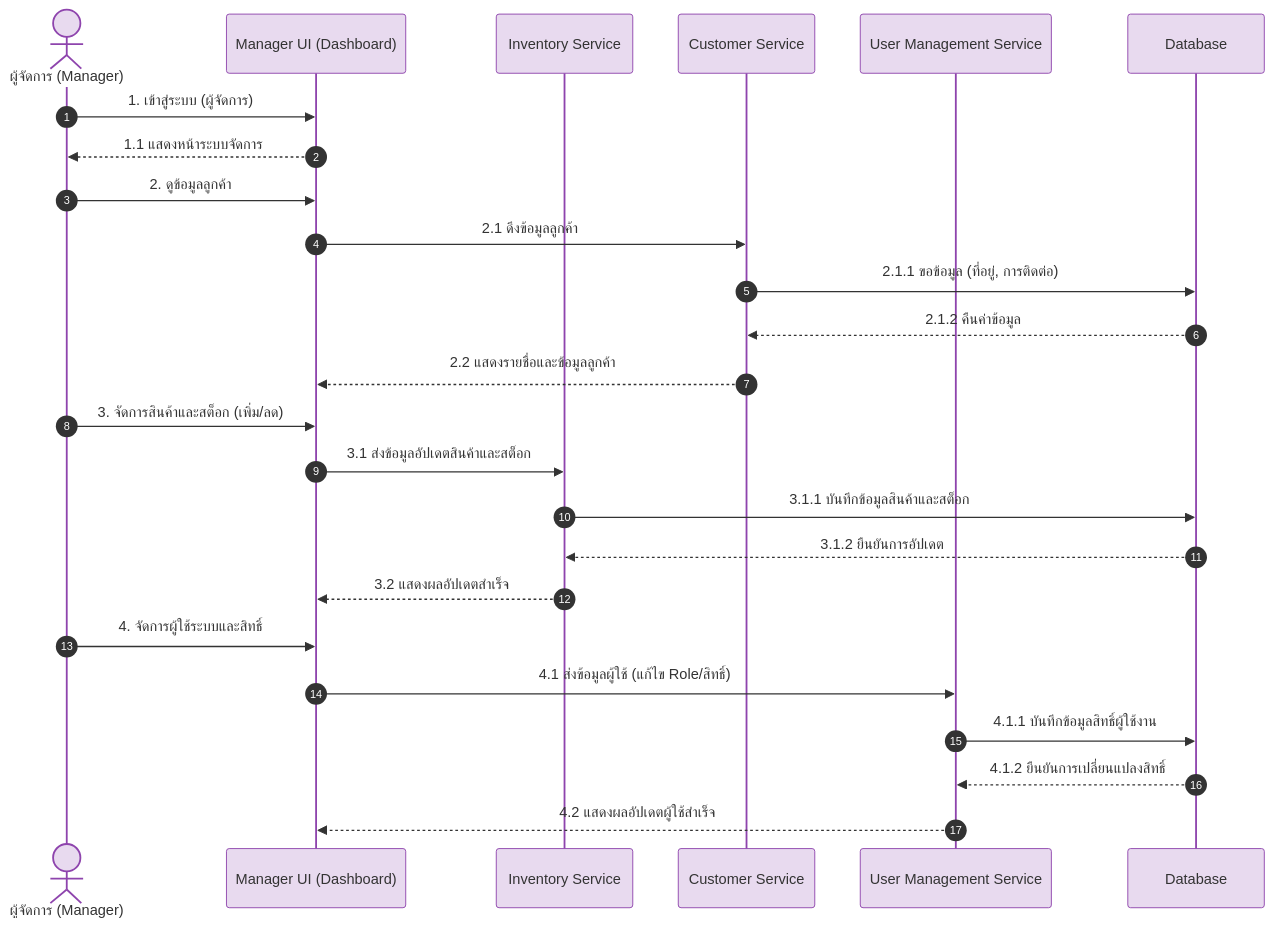
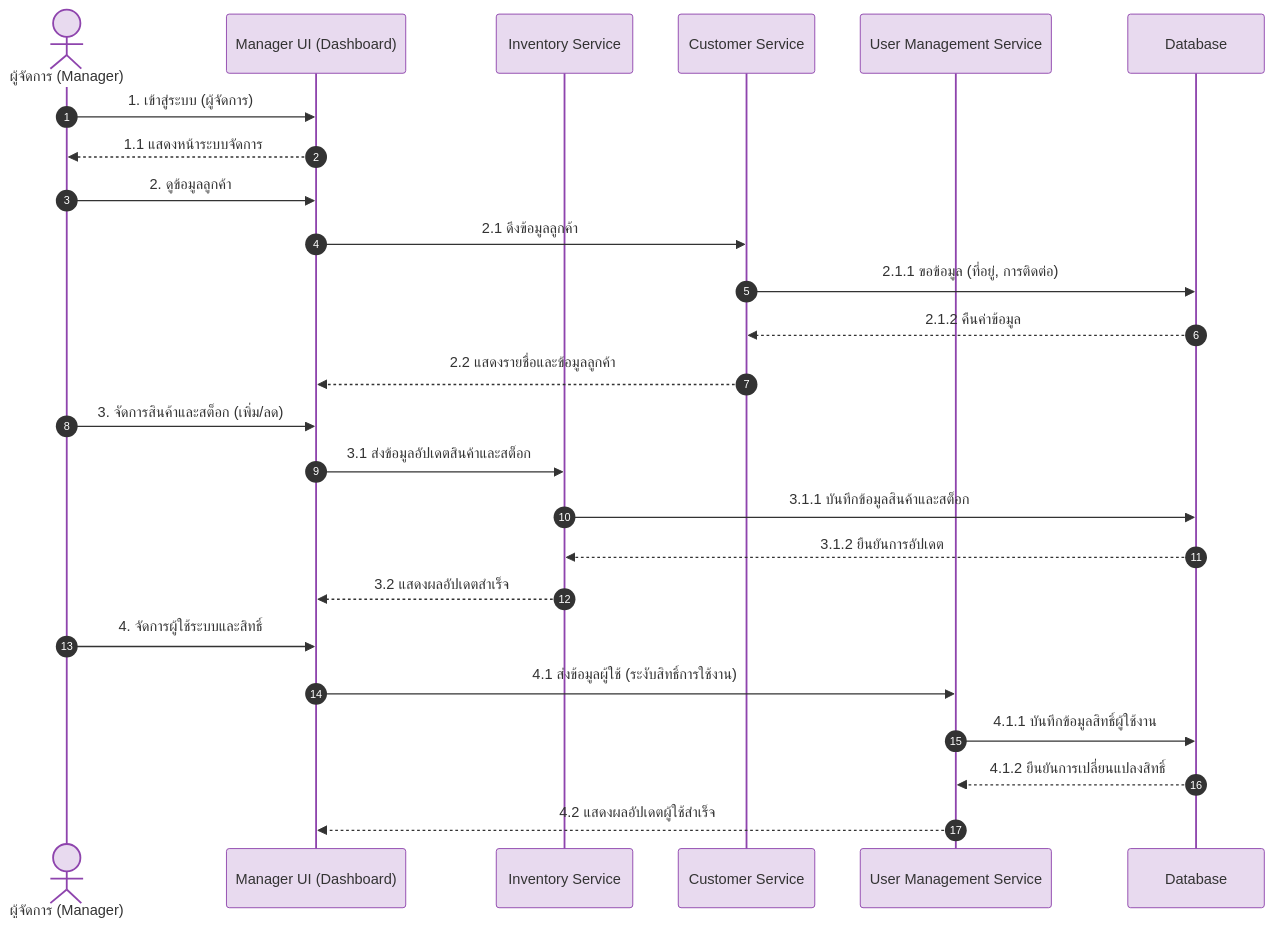
The seventh of 8 diagrams in README.md (ArGusmumumimi/PC-Center-), drawn with Mermaid before and after one commit. The commit also changed other lines of this file, not shown here.

````diff
--- a/README.md
+++ b/README.md
@@ -538,32 +538,32 @@
 ```mermaid
 %%{init: {'theme': 'base', 'themeVariables': {'actorBkg': '#e8daef', 'actorTextColor': '#333', 'actorBorder': '#8e44ad', 'signalColor': '#333', 'signalTextColor': '#333', 'labelBoxBkgColor': '#e8daef', 'labelBoxBorderColor': '#8e44ad', 'labelTextColor': '#333', 'activationBkgColor': '#f4ecf7', 'activationBorderColor': '#8e44ad', 'sequenceNumberColor': '#fff', 'background': '#ffffff'}}}%%
 sequenceDiagram
     autonumber
     actor M as ผู้จัดการ (Manager)
     participant MUI as Manager UI (Dashboard)
     participant INV as Inventory Service
     participant CUST as Customer Service
     participant USR as User Management Service
     participant DB as Database
 
     M->>MUI: 1. เข้าสู่ระบบ (ผู้จัดการ)
     MUI-->>M: 1.1 แสดงหน้าระบบจัดการ
 
     M->>MUI: 2. ดูข้อมูลลูกค้า
     MUI->>CUST: 2.1 ดึงข้อมูลลูกค้า
     CUST->>DB: 2.1.1 ขอข้อมูล (ที่อยู่, การติดต่อ)
     DB-->>CUST: 2.1.2 คืนค่าข้อมูล
     CUST-->>MUI: 2.2 แสดงรายชื่อและข้อมูลลูกค้า
 
     M->>MUI: 3. จัดการสินค้าและสต็อก (เพิ่ม/ลด)
     MUI->>INV: 3.1 ส่งข้อมูลอัปเดตสินค้าและสต็อก
     INV->>DB: 3.1.1 บันทึกข้อมูลสินค้าและสต็อก
     DB-->>INV: 3.1.2 ยืนยันการอัปเดต
     INV-->>MUI: 3.2 แสดงผลอัปเดตสำเร็จ
 
     M->>MUI: 4. จัดการผู้ใช้ระบบและสิทธิ์
-    MUI->>USR: 4.1 ส่งข้อมูลผู้ใช้ (แก้ไข Role/สิทธิ์)
+    MUI->>USR: 4.1 ส่งข้อมูลผู้ใช้ (ระงับสิทธิ์การใช้งาน)
     USR->>DB: 4.1.1 บันทึกข้อมูลสิทธิ์ผู้ใช้งาน
     DB-->>USR: 4.1.2 ยืนยันการเปลี่ยนแปลงสิทธิ์
     USR-->>MUI: 4.2 แสดงผลอัปเดตผู้ใช้สำเร็จ
 ```
````
